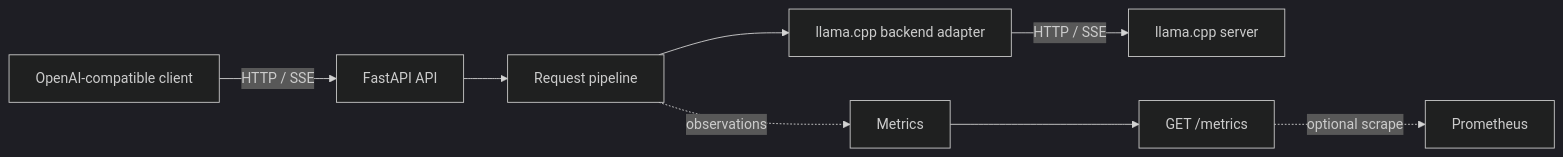
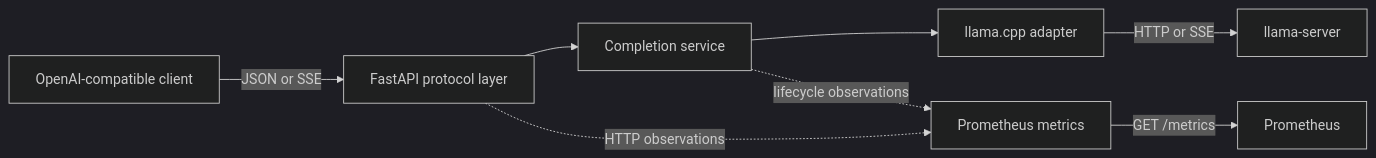
The first of 4 diagrams in README.md (santiag6001/llm-engineering-platform), drawn with Mermaid (dark theme) before and after one commit. The commit also changed other lines of this file and 4 other files, not shown here.

````diff
--- a/README.md
+++ b/README.md
@@ -79,10 +57,18 @@
 ```mermaid
 flowchart LR
-    C[OpenAI-compatible client] -->|HTTP / SSE| A[FastAPI API]
-    A --> P[Request pipeline]
-    P --> B[llama.cpp backend adapter]
-    B -->|HTTP / SSE| L[llama.cpp server]
-    P -. observations .-> M[Metrics]
-    M --> E[GET /metrics]
-    E -. optional scrape .-> PR[Prometheus]
+    Client[OpenAI-compatible client]
+    API[FastAPI protocol layer]
+    Service[Completion service]
+    Adapter[llama.cpp adapter]
+    Llama[llama-server]
+    Metrics[Prometheus metrics]
+    Prometheus[Prometheus]
+
+    Client -->|JSON or SSE| API
+    API --> Service
+    Service --> Adapter
+    Adapter -->|HTTP or SSE| Llama
+    API -. HTTP observations .-> Metrics
+    Service -. lifecycle observations .-> Metrics
+    Metrics -->|GET /metrics| Prometheus
 ```
````
